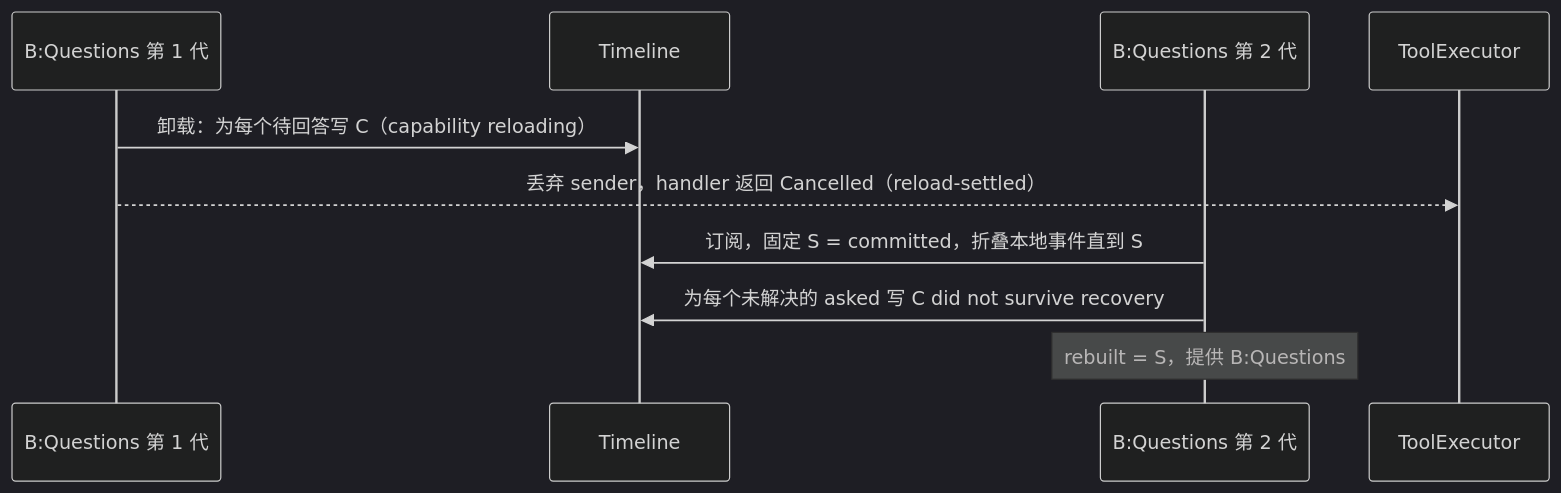
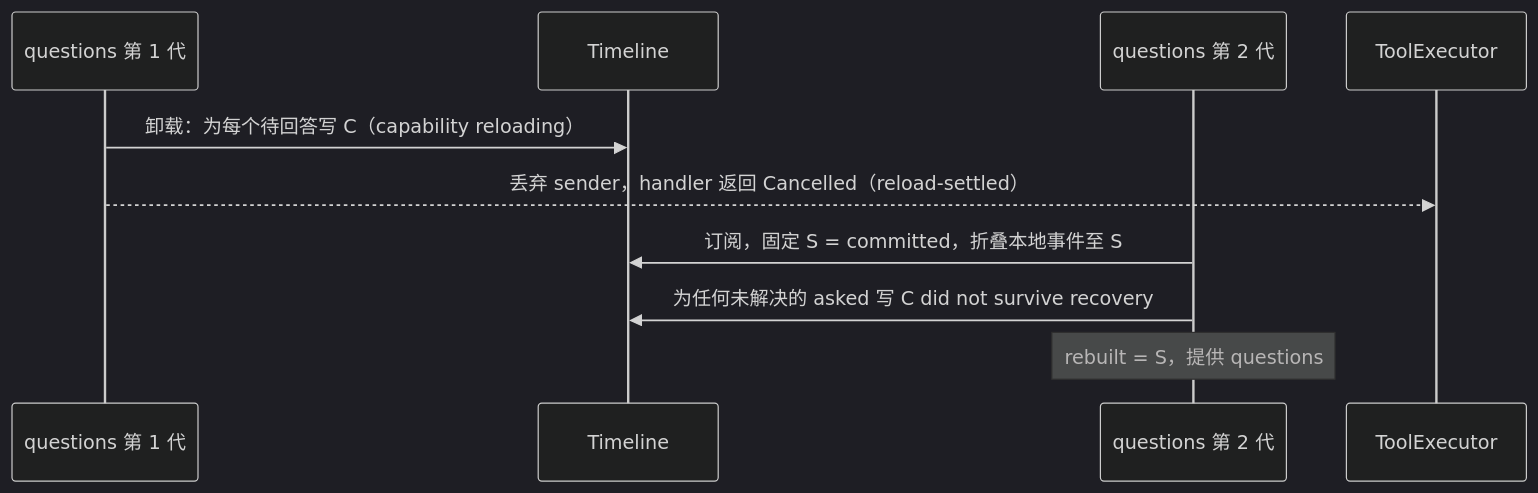
The sixth of 6 diagrams in docs/zh/design/plugins/Questions.md (CoutinhoTTS/dim-agent), drawn with Mermaid (dark theme) before and after one commit. The commit also changed other lines of this file and 18 other files, not shown here.

````diff
--- a/docs/zh/design/plugins/Questions.md
+++ b/docs/zh/design/plugins/Questions.md
@@ -157,12 +157,12 @@
 ```mermaid
 sequenceDiagram
-  participant G1 as B:Questions 第 1 代
+  participant G1 as questions 第 1 代
   participant TL as Timeline
-  participant G2 as B:Questions 第 2 代
+  participant G2 as questions 第 2 代
   participant TE as ToolExecutor
   G1->>TL: 卸载：为每个待回答写 C（capability reloading）
   G1-->>TE: 丢弃 sender，handler 返回 Cancelled（reload-settled）
-  G2->>TL: 订阅，固定 S = committed，折叠本地事件直到 S
-  G2->>TL: 为每个未解决的 asked 写 C did not survive recovery
-  Note over G2: rebuilt = S，提供 B:Questions
+  G2->>TL: 订阅，固定 S = committed，折叠本地事件至 S
+  G2->>TL: 为任何未解决的 asked 写 C did not survive recovery
+  Note over G2: rebuilt = S，提供 questions
 ```
````
